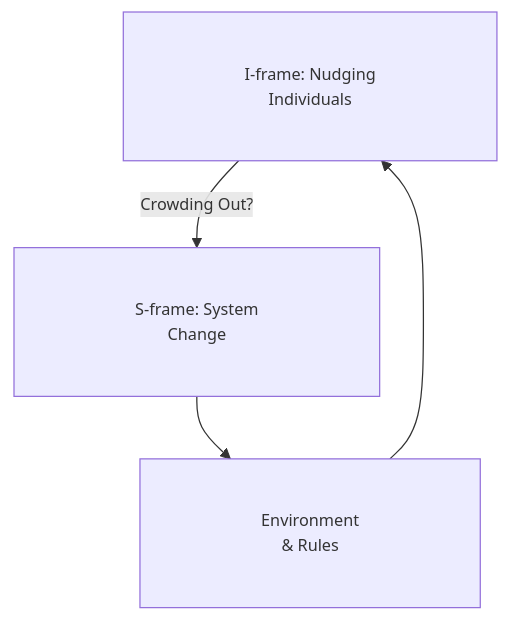
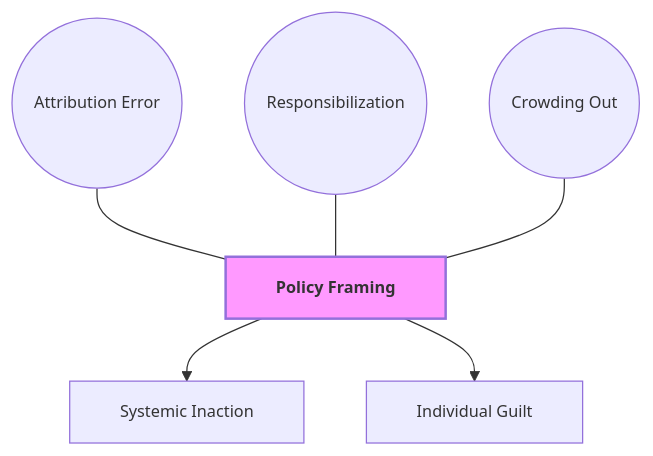
Before and after one commit to GM024/CourseSummaries: the fifth of 7 diagrams in Communication_Influence/Mastery_Guide_SOW_BS033.md, drawn with Mermaid. The commit also changed other lines of this file, not shown here.

Commit message:
Encyclopedia Edition: 300w abstracts, 500w How-to-remember, red-bold verbatim keywords, and APA Figures with detailed notes

````diff
--- a/Communication_Influence/Mastery_Guide_SOW_BS033.md
+++ b/Communication_Influence/Mastery_Guide_SOW_BS033.md
@@ -174,7 +239,14 @@
 ```mermaid
-%%{init: {'flowchart': {'padding': 40}, 'themeVariables': { 'fontSize': '13px' }}}%%
+%%{init: { 'flowchart': { 'padding': 15, 'nodeSpacing': 50, 'rankSpacing': 50, 'curve': 'basis' }, 'themeVariables': { 'fontSize': '13px' }}}%%
 graph TD
-    I["&nbsp;&nbsp;&nbsp;&nbsp; I-frame: Nudging &nbsp;&nbsp;&nbsp;&nbsp;<br/>&nbsp;&nbsp;&nbsp;&nbsp; Individuals &nbsp;&nbsp;&nbsp;&nbsp;"] -- Crowding Out? --> S["&nbsp;&nbsp;&nbsp;&nbsp; S-frame: System &nbsp;&nbsp;&nbsp;&nbsp;<br/>&nbsp;&nbsp;&nbsp;&nbsp; Change &nbsp;&nbsp;&nbsp;&nbsp;"]
-    S --> Env["&nbsp;&nbsp;&nbsp;&nbsp; Environment &nbsp;&nbsp;&nbsp;&nbsp;<br/>&nbsp;&nbsp;&nbsp;&nbsp; & Rules &nbsp;&nbsp;&nbsp;&nbsp;"]
-    Env --> I
+    Hub["&nbsp;&nbsp; Policy Framing &nbsp;&nbsp;"]:::hubNode
+    
+    S1(("&nbsp;&nbsp; Attribution Error &nbsp;&nbsp;")) --- Hub
+    S2(("&nbsp;&nbsp; Responsibilization &nbsp;&nbsp;")) --- Hub
+    S3(("&nbsp;&nbsp; Crowding Out &nbsp;&nbsp;")) --- Hub
+    
+    Hub --> B1["&nbsp;&nbsp; Systemic Inaction &nbsp;&nbsp;"]
+    Hub --> B2["&nbsp;&nbsp; Individual Guilt &nbsp;&nbsp;"]
+    
+    classDef hubNode font-weight:bold,stroke-width:2px,fill:#f9f;
 ```
````
